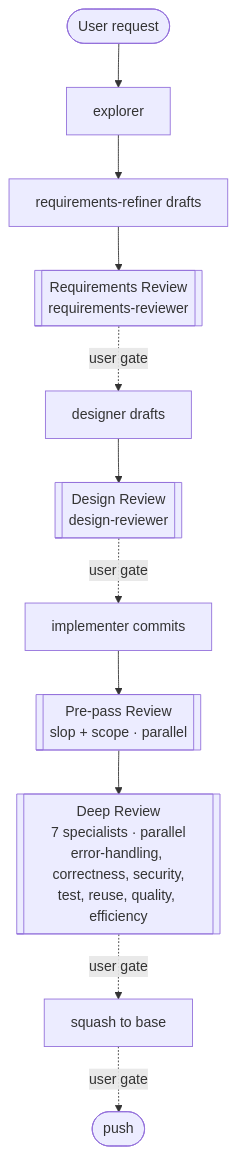
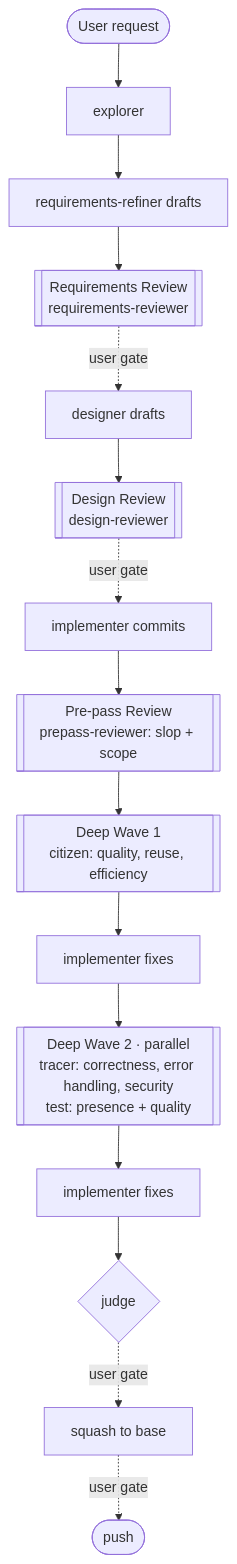
Before and after one commit to rnortman/claude-plugins: the first of 3 diagrams in README.md, drawn with Mermaid. The commit also changed other lines of this file and 25 other files, not shown here.

First line of the commit message:
Bump review-chain to 0.13.0: waves + consolidated reviewers + judge fix-scan

````diff
--- a/README.md
+++ b/README.md
@@ -24,13 +24,17 @@
 ```mermaid
 flowchart TD
     user([User request]) --> ex[explorer]
     ex --> rr[requirements-refiner drafts]
     rr --> rrev[[Requirements Review<br/>requirements-reviewer]]
     rrev -. user gate .-> d[designer drafts]
     d --> dr[[Design Review<br/>design-reviewer]]
     dr -. user gate .-> impl[implementer commits]
-    impl --> pp[[Pre-pass Review<br/>slop + scope · parallel]]
-    pp --> dp[[Deep Review<br/>7 specialists · parallel<br/>error-handling, correctness, security,<br/>test, reuse, quality, efficiency]]
-    dp -. user gate .-> sq[squash to base]
+    impl --> pp[[Pre-pass Review<br/>prepass-reviewer: slop + scope]]
+    pp --> w1[[Deep Wave 1<br/>citizen: quality, reuse, efficiency]]
+    w1 --> fix1[implementer fixes]
+    fix1 --> w2[[Deep Wave 2 · parallel<br/>tracer: correctness, error handling, security<br/>test: presence + quality]]
+    w2 --> fix2[implementer fixes]
+    fix2 --> dj{judge}
+    dj -. user gate .-> sq[squash to base]
     sq -. user gate .-> push([push])
 ```
````
